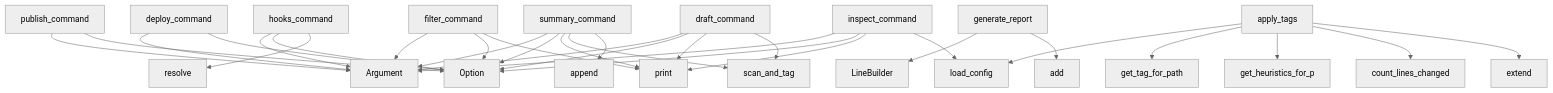
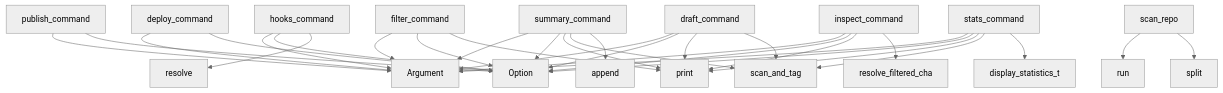
One commit to semcod/tagi changed the diagram in project/context.md. Above: the diagram before and after it, drawn with Mermaid (neutral theme). The commit also changed other lines of this file and 17 other files, not shown here.

````diff
--- a/project/context.md
+++ b/project/context.md
@@ -500,33 +485,33 @@
 ```mermaid
 graph TD
     publish_command --> Argument
     publish_command --> Option
     summary_command --> Argument
     summary_command --> Option
     summary_command --> print
     summary_command --> scan_and_tag
     summary_command --> append
     hooks_command --> Argument
     hooks_command --> Option
     hooks_command --> resolve
-    generate_report --> LineBuilder
-    generate_report --> add
     deploy_command --> Argument
     deploy_command --> Option
     inspect_command --> Argument
     inspect_command --> Option
     inspect_command --> print
-    inspect_command --> load_config
+    inspect_command --> resolve_filtered_cha
     draft_command --> Argument
     draft_command --> Option
     draft_command --> print
     draft_command --> scan_and_tag
     filter_command --> Argument
     filter_command --> Option
     filter_command --> print
-    apply_tags --> load_config
-    apply_tags --> get_tag_for_path
-    apply_tags --> get_heuristics_for_p
-    apply_tags --> count_lines_changed
-    apply_tags --> extend
+    stats_command --> Argument
+    stats_command --> Option
+    stats_command --> print
+    stats_command --> scan_and_tag
+    stats_command --> display_statistics_t
+    scan_repo --> run
+    scan_repo --> split
 ```
````
